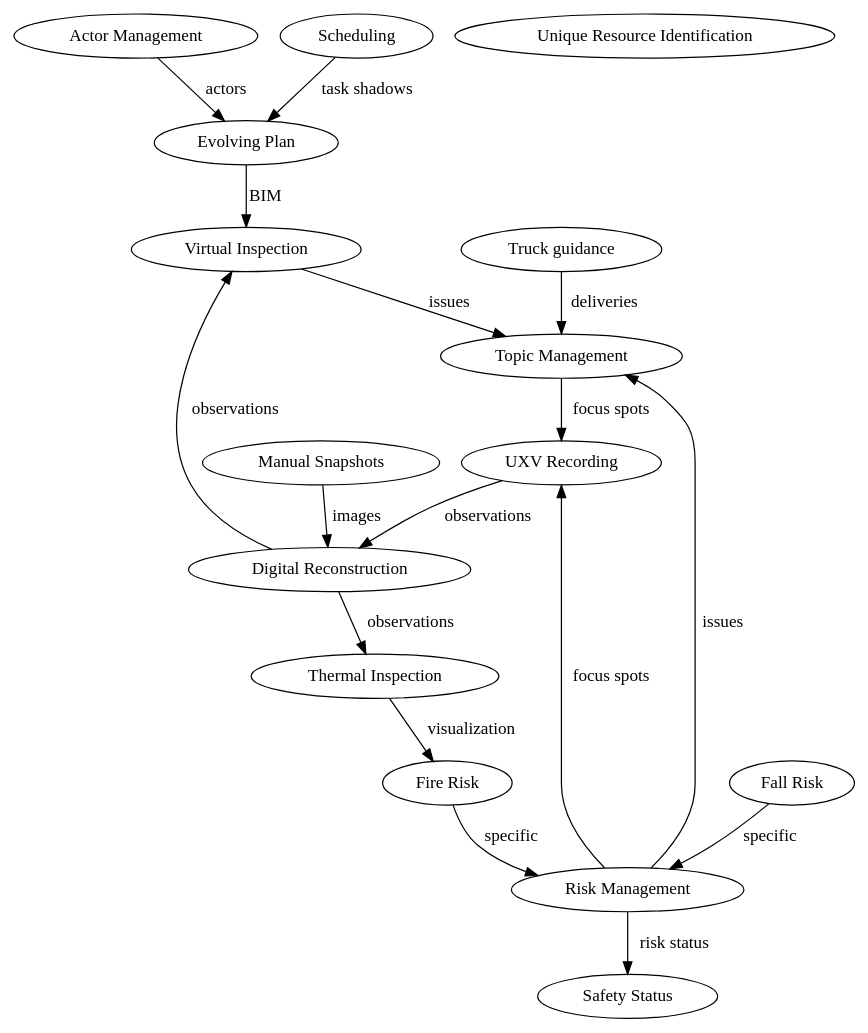
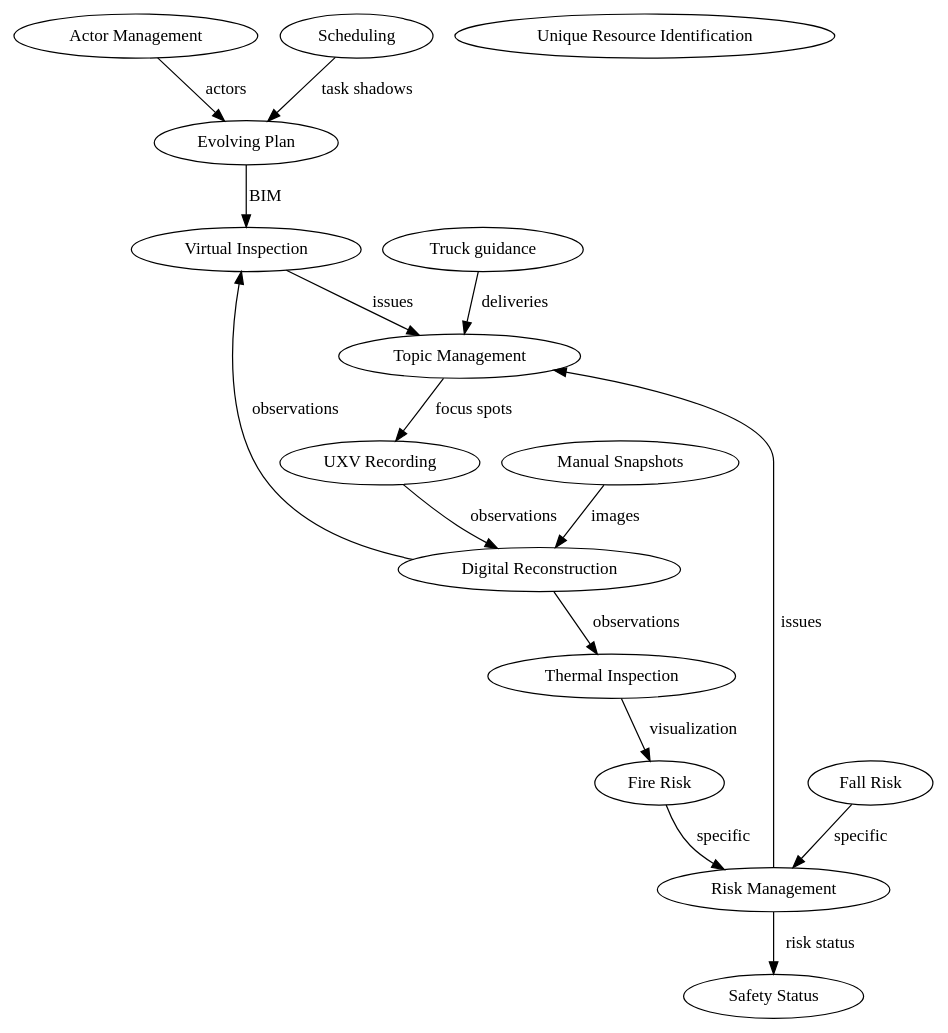
One commit to mristin/bimprove-scenarios changed the diagram in ontology.dot. Above: the diagram before and after it, drawn with Graphviz. The commit also changed 10 other files, not shown here.

```diff
--- a/ontology.dot
+++ b/ontology.dot
@@ -1,36 +1,35 @@
 digraph G {
     node0 [href="actor_management/scenario.html", label="Actor Management"]
     node1 [href="digital_reconstruction/scenario.html", label="Digital Reconstruction"]
     node2 [href="evolving_plan/scenario.html", label="Evolving Plan"]
     node3 [href="fall_risk/scenario.html", label="Fall Risk"]
     node4 [href="fire_risk/scenario.html", label="Fire Risk"]
     node5 [href="manual_snapshots/scenario.html", label="Manual Snapshots"]
     node6 [href="risk_management/scenario.html", label="Risk Management"]
     node7 [href="safety_status/scenario.html", label="Safety Status"]
     node8 [href="scheduling/scenario.html", label="Scheduling"]
     node9 [href="thermal_inspection/scenario.html", label="Thermal Inspection"]
     node10 [href="topic_management/scenario.html", label="Topic Management"]
     node11 [href="truck_guidance/scenario.html", label="Truck guidance"]
     node12 [href="unique_resource_identification/scenario.html", label="Unique Resource Identification"]
     node13 [href="uxv_recording/scenario.html", label="UXV Recording"]
     node14 [href="virtual_inspection/scenario.html", label="Virtual Inspection"]
 
     
     node0 -> node2 [label="actors"]
     node1 -> node14 [label="observations"]
     node1 -> node9 [label="observations"]
     node2 -> node14 [label="BIM"]
     node3 -> node6 [label="specific"]
     node4 -> node6 [label="specific"]
     node5 -> node1 [label="images"]
-    node6 -> node13 [label="focus spots"]
     node6 -> node10 [label="issues"]
     node6 -> node7 [label="risk status"]
     node8 -> node2 [label="task shadows"]
     node9 -> node4 [label="visualization"]
     node10 -> node13 [label="focus spots"]
     node11 -> node10 [label="deliveries"]
     node13 -> node1 [label="observations"]
     node14 -> node10 [label="issues"]
 
 }
```
